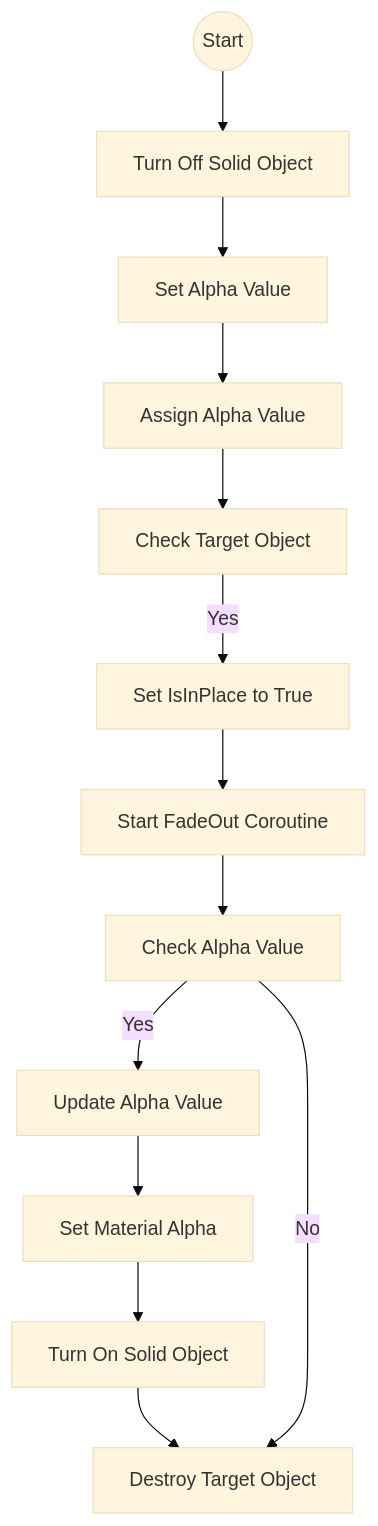
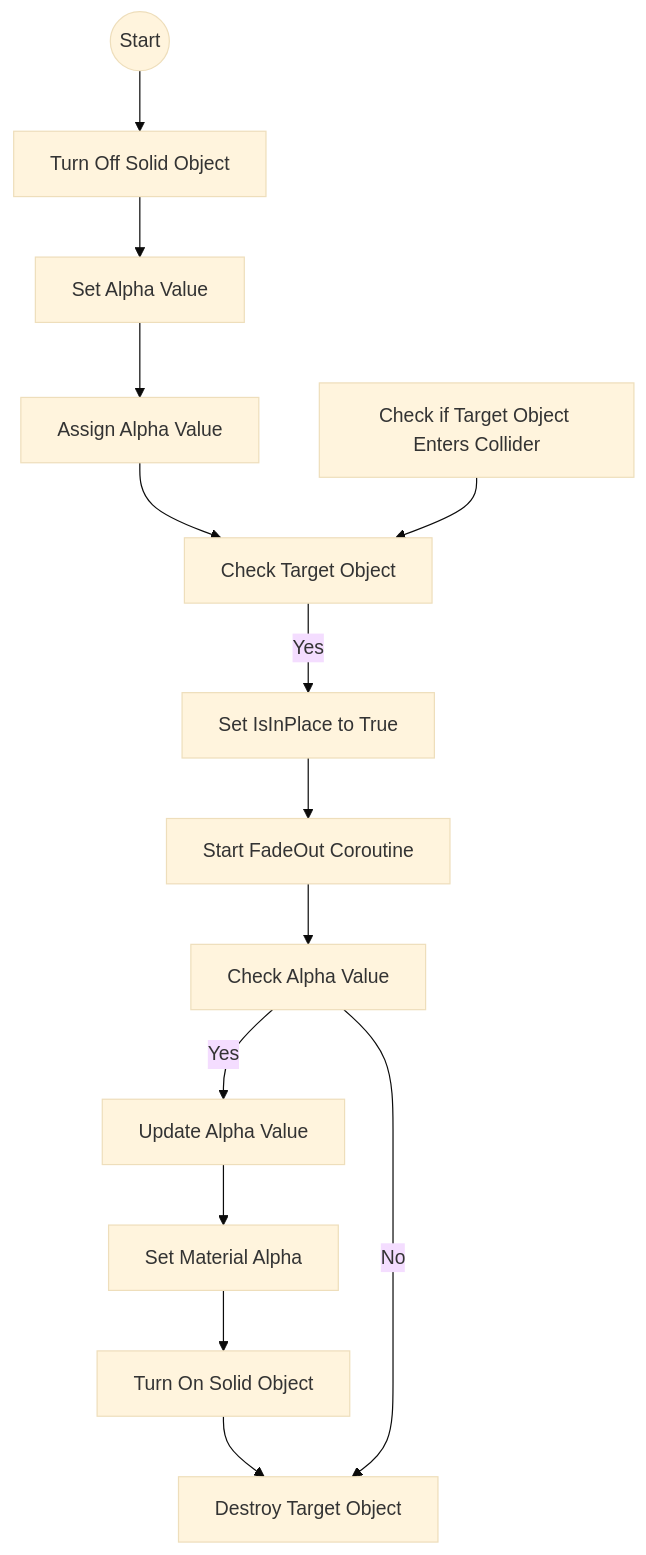
One commit to PAP0/Linx-Game changed the second of 3 diagrams in README.md. Above: the diagram before and after it, drawn with Mermaid (base theme).

```diff
--- a/README.md
+++ b/README.md
@@ -69,29 +69,30 @@
 ~~~mermaid
 flowchart TD;
     A((Start))
     B[Turn Off Solid Object]
     C[Set Alpha Value]
     D[Assign Alpha Value]
     E[Check Target Object]
     F[Set IsInPlace to True]
     G[Start FadeOut Coroutine]
     H[Check Alpha Value]
     I[Update Alpha Value]
     J[Set Material Alpha]
     K[Turn On Solid Object]
     L[Destroy Target Object]
+    M[Check if Target Object Enters Collider]
     
     A --> B
     B --> C
     C --> D
     D --> E
     E -- Yes --> F
     F --> G
     G --> H
     H -- Yes --> I
     I --> J
     J --> K
     K --> L
     H -- No --> L
-
+    M --> E
 ~~~
```
